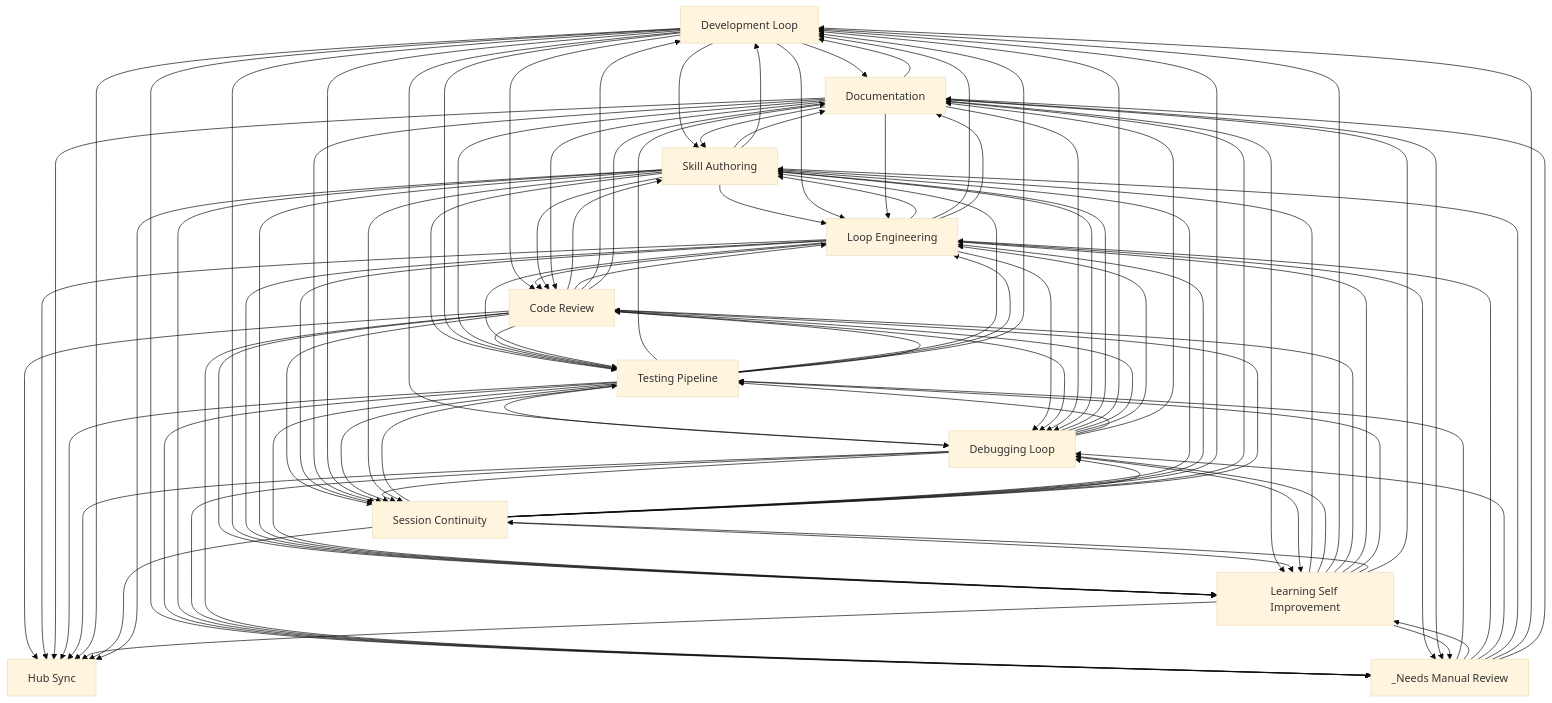
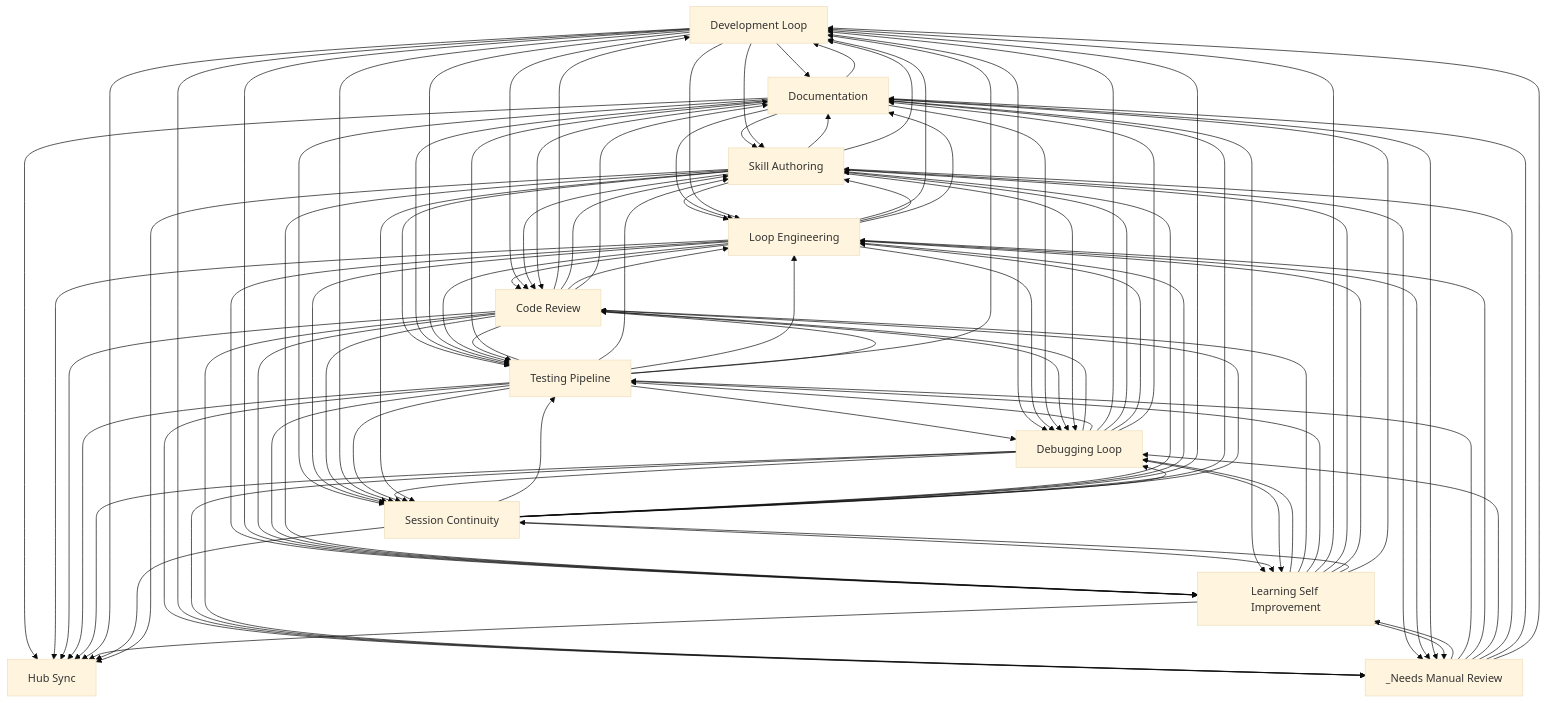
One commit to abhayla/claude-best-practices changed the diagram in docs/workflows/INDEX.md. Above: the diagram before and after it, drawn with Mermaid (base theme). The commit also changed other lines of this file and 13 other files, not shown here.

````diff
--- a/docs/workflows/INDEX.md
+++ b/docs/workflows/INDEX.md
@@ -34,64 +34,64 @@
     hub_sync[Hub Sync]
     _needs_manual_review[_Needs Manual Review]
     skill_authoring --> documentation
+    testing_pipeline --> documentation
     development_loop --> documentation
-    testing_pipeline --> documentation
     skill_authoring --> loop_engineering
     skill_authoring --> testing_pipeline
+    testing_pipeline --> skill_authoring
+    testing_pipeline --> loop_engineering
+    documentation --> skill_authoring
+    documentation --> loop_engineering
+    documentation --> testing_pipeline
     development_loop --> skill_authoring
     development_loop --> loop_engineering
     development_loop --> testing_pipeline
-    documentation --> skill_authoring
-    documentation --> loop_engineering
-    documentation --> testing_pipeline
-    testing_pipeline --> skill_authoring
-    testing_pipeline --> loop_engineering
+    loop_engineering --> code_review
+    loop_engineering --> testing_pipeline
+    loop_engineering --> development_loop
+    loop_engineering --> skill_authoring
+    development_loop --> code_review
+    code_review --> testing_pipeline
+    code_review --> development_loop
     code_review --> skill_authoring
     code_review --> loop_engineering
-    code_review --> development_loop
-    code_review --> testing_pipeline
-    development_loop --> code_review
-    loop_engineering --> skill_authoring
-    loop_engineering --> development_loop
-    loop_engineering --> code_review
-    loop_engineering --> testing_pipeline
+    loop_engineering --> learning_self_improvement
+    development_loop --> learning_self_improvement
     code_review --> learning_self_improvement
-    development_loop --> learning_self_improvement
-    loop_engineering --> learning_self_improvement
     testing_pipeline --> development_loop
     testing_pipeline --> debugging_loop
     testing_pipeline --> code_review
+    debugging_loop --> code_review
+    debugging_loop --> testing_pipeline
+    debugging_loop --> development_loop
     debugging_loop --> skill_authoring
-    debugging_loop --> development_loop
-    debugging_loop --> code_review
     debugging_loop --> loop_engineering
-    debugging_loop --> testing_pipeline
     development_loop --> debugging_loop
     documentation --> development_loop
     loop_engineering --> debugging_loop
     loop_engineering --> documentation
+    skill_authoring --> development_loop
     skill_authoring --> code_review
-    skill_authoring --> development_loop
+    testing_pipeline --> learning_self_improvement
     skill_authoring --> learning_self_improvement
-    testing_pipeline --> learning_self_improvement
+    testing_pipeline --> _needs_manual_review
     development_loop --> _needs_manual_review
-    testing_pipeline --> _needs_manual_review
-    code_review --> debugging_loop
     documentation --> debugging_loop
     documentation --> code_review
-    code_review --> session_continuity
-    code_review --> documentation
-    code_review --> hub_sync
+    code_review --> debugging_loop
+    documentation --> session_continuity
+    documentation --> learning_self_improvement
+    documentation --> hub_sync
     loop_engineering --> session_continuity
     loop_engineering --> hub_sync
-    documentation --> session_continuity
-    documentation --> hub_sync
-    documentation --> learning_self_improvement
+    code_review --> documentation
+    code_review --> session_continuity
+    code_review --> hub_sync
+    session_continuity --> learning_self_improvement
     session_continuity --> testing_pipeline
-    session_continuity --> learning_self_improvement
     development_loop --> session_continuity
+    _needs_manual_review --> learning_self_improvement
     _needs_manual_review --> testing_pipeline
-    _needs_manual_review --> learning_self_improvement
     testing_pipeline --> session_continuity
     debugging_loop --> session_continuity
     debugging_loop --> learning_self_improvement
@@ -103,19 +103,19 @@
     skill_authoring --> debugging_loop
     _needs_manual_review --> loop_engineering
     _needs_manual_review --> debugging_loop
+    learning_self_improvement --> debugging_loop
+    learning_self_improvement --> code_review
+    learning_self_improvement --> testing_pipeline
+    learning_self_improvement --> development_loop
     learning_self_improvement --> skill_authoring
-    learning_self_improvement --> debugging_loop
-    learning_self_improvement --> development_loop
-    learning_self_improvement --> code_review
     learning_self_improvement --> loop_engineering
-    learning_self_improvement --> testing_pipeline
-    skill_authoring --> _needs_manual_review
     debugging_loop --> _needs_manual_review
     code_review --> _needs_manual_review
+    skill_authoring --> _needs_manual_review
     loop_engineering --> _needs_manual_review
     _needs_manual_review --> skill_authoring
+    _needs_manual_review --> documentation
     _needs_manual_review --> development_loop
-    _needs_manual_review --> documentation
     learning_self_improvement --> session_continuity
     documentation --> _needs_manual_review
     session_continuity --> skill_authoring
@@ -125,8 +125,8 @@
     session_continuity --> development_loop
     session_continuity --> debugging_loop
     session_continuity --> documentation
+    session_continuity --> code_review
     session_continuity --> hub_sync
-    session_continuity --> code_review
     skill_authoring --> hub_sync
     learning_self_improvement --> _needs_manual_review
 ```
````
